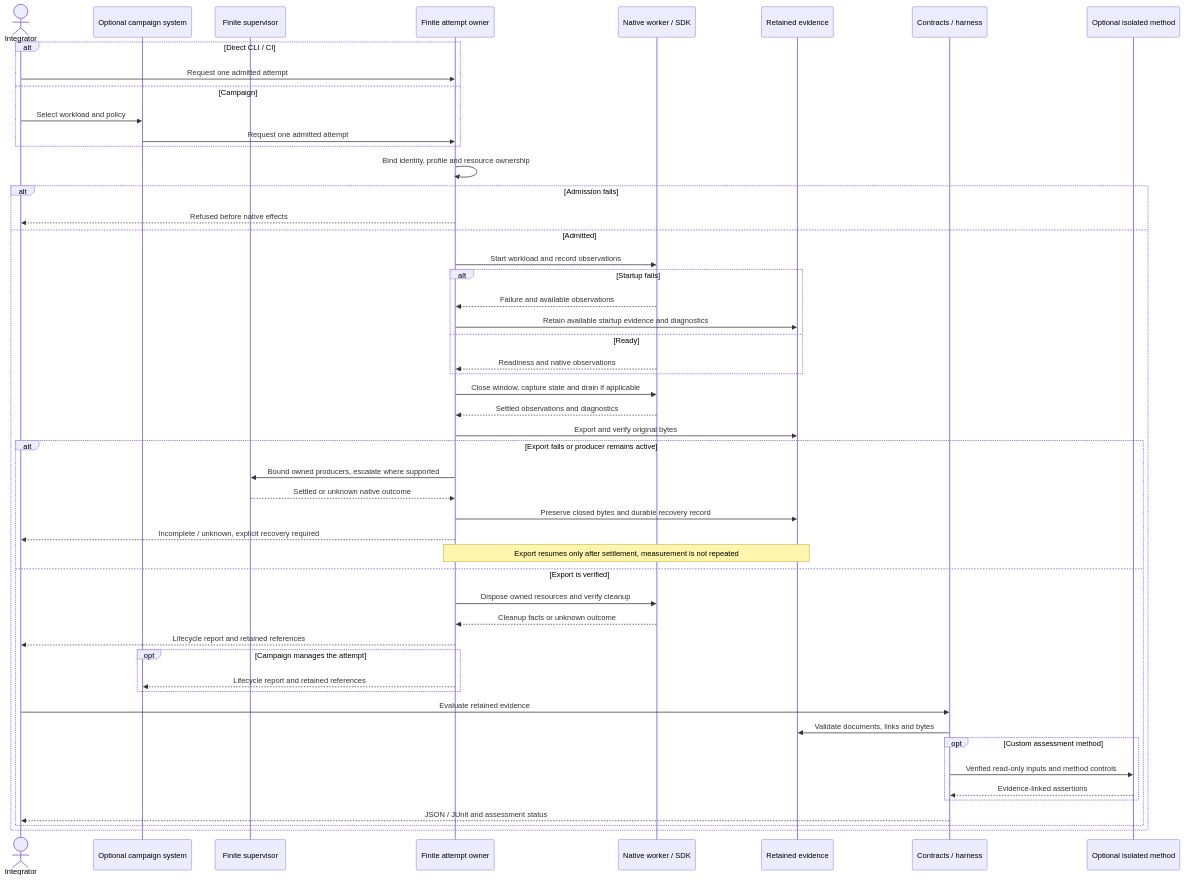
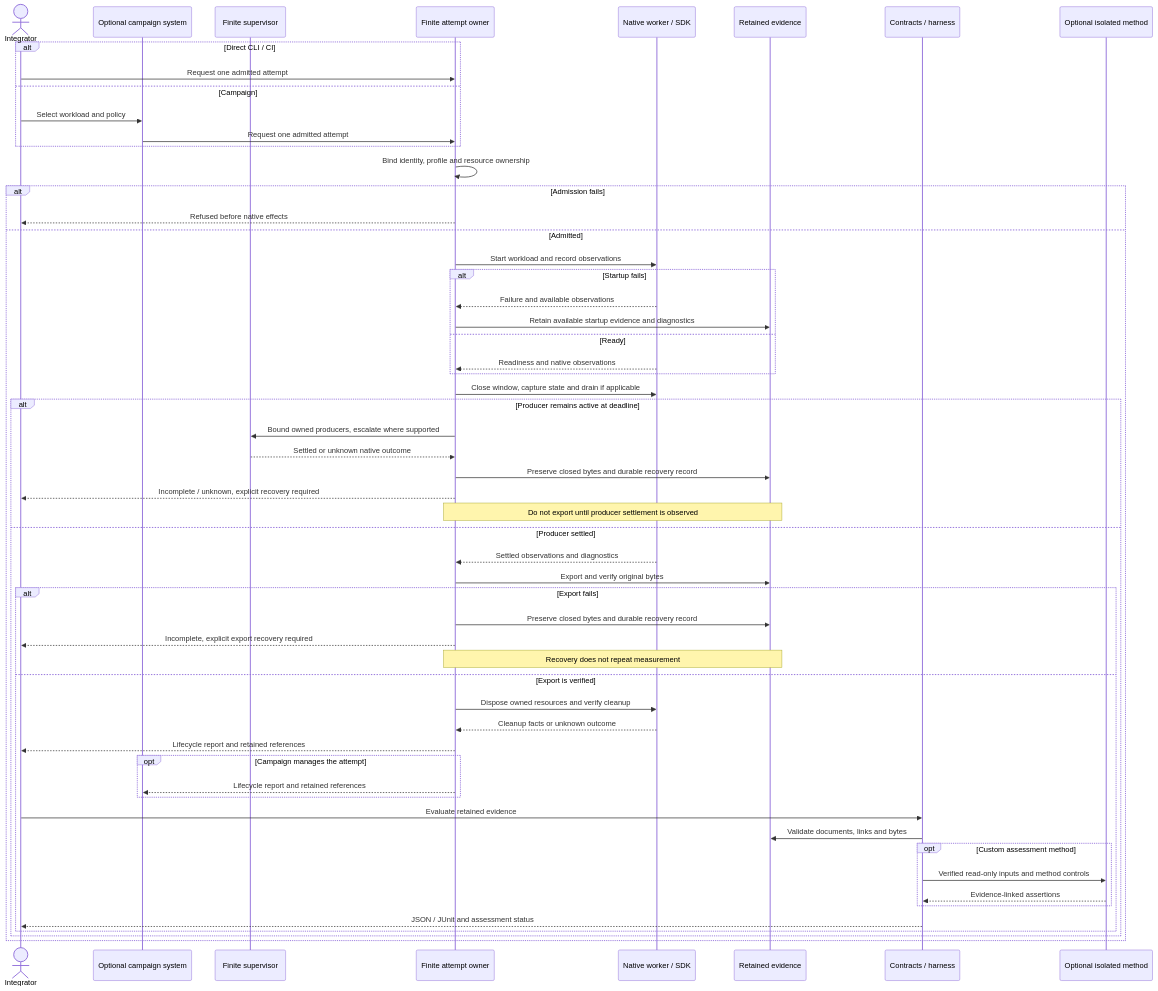
One commit to mmkolpakov/robotics-runtime changed the diagram in docs/architecture/run-sequence.mmd. Above: the diagram before and after it, drawn with Mermaid. The commit also changed 19 other files, not shown here.

Commit message:
docs: clarify attempt lifecycle and overview

```diff
--- a/docs/architecture/run-sequence.mmd
+++ b/docs/architecture/run-sequence.mmd
@@ -1,52 +1,58 @@
 %%{init: {"sequence": {"useMaxWidth": false}}}%%
 sequenceDiagram
     actor Integrator
     participant Campaign as Optional campaign system
     participant Supervisor as Finite supervisor
     participant Attempt as Finite attempt owner
     participant Native as Native worker / SDK
     participant Store as Retained evidence
     participant Harness as Contracts / harness
     participant Method as Optional isolated method
     alt Direct CLI / CI
         Integrator->>Attempt: Request one admitted attempt
     else Campaign
         Integrator->>Campaign: Select workload and policy
         Campaign->>Attempt: Request one admitted attempt
     end
     Attempt->>Attempt: Bind identity, profile and resource ownership
     alt Admission fails
         Attempt-->>Integrator: Refused before native effects
     else Admitted
         Attempt->>Native: Start workload and record observations
         alt Startup fails
             Native-->>Attempt: Failure and available observations
             Attempt->>Store: Retain available startup evidence and diagnostics
         else Ready
             Native-->>Attempt: Readiness and native observations
         end
         Attempt->>Native: Close window, capture state and drain if applicable
-        Native-->>Attempt: Settled observations and diagnostics
-        Attempt->>Store: Export and verify original bytes
-        alt Export fails or producer remains active
+        alt Producer remains active at deadline
             Attempt->>Supervisor: Bound owned producers, escalate where supported
             Supervisor-->>Attempt: Settled or unknown native outcome
             Attempt->>Store: Preserve closed bytes and durable recovery record
             Attempt-->>Integrator: Incomplete / unknown, explicit recovery required
-            Note over Attempt,Store: Export resumes only after settlement, measurement is not repeated
-        else Export is verified
-            Attempt->>Native: Dispose owned resources and verify cleanup
-            Native-->>Attempt: Cleanup facts or unknown outcome
-            Attempt-->>Integrator: Lifecycle report and retained references
-            opt Campaign manages the attempt
-                Attempt-->>Campaign: Lifecycle report and retained references
+            Note over Attempt,Store: Do not export until producer settlement is observed
+        else Producer settled
+            Native-->>Attempt: Settled observations and diagnostics
+            Attempt->>Store: Export and verify original bytes
+            alt Export fails
+                Attempt->>Store: Preserve closed bytes and durable recovery record
+                Attempt-->>Integrator: Incomplete, explicit export recovery required
+                Note over Attempt,Store: Recovery does not repeat measurement
+            else Export is verified
+                Attempt->>Native: Dispose owned resources and verify cleanup
+                Native-->>Attempt: Cleanup facts or unknown outcome
+                Attempt-->>Integrator: Lifecycle report and retained references
+                opt Campaign manages the attempt
+                    Attempt-->>Campaign: Lifecycle report and retained references
+                end
+                Integrator->>Harness: Evaluate retained evidence
+                Harness->>Store: Validate documents, links and bytes
+                opt Custom assessment method
+                    Harness->>Method: Verified read-only inputs and method controls
+                    Method-->>Harness: Evidence-linked assertions
+                end
+                Harness-->>Integrator: JSON / JUnit and assessment status
             end
-            Integrator->>Harness: Evaluate retained evidence
-            Harness->>Store: Validate documents, links and bytes
-            opt Custom assessment method
-                Harness->>Method: Verified read-only inputs and method controls
-                Method-->>Harness: Evidence-linked assertions
-            end
-            Harness-->>Integrator: JSON / JUnit and assessment status
         end
     end
```
